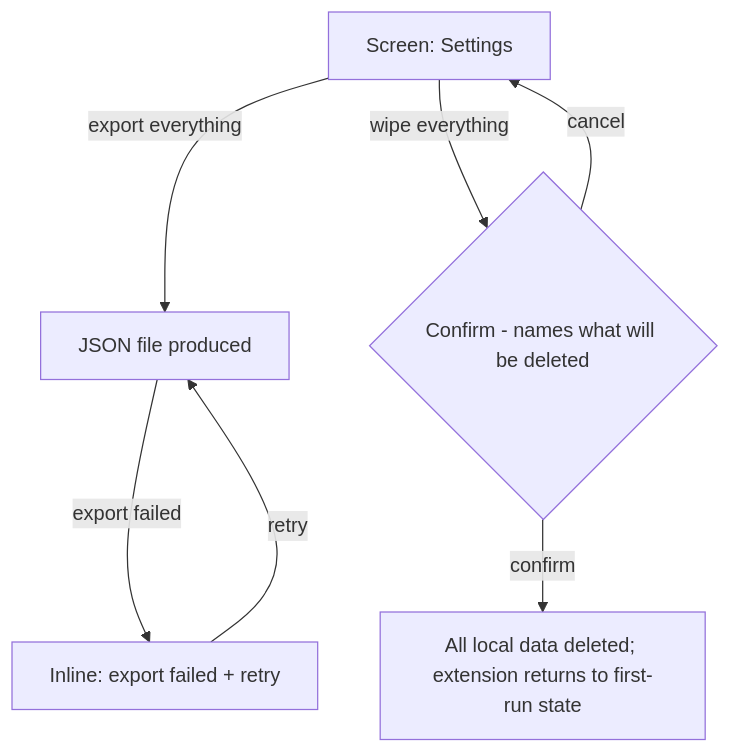
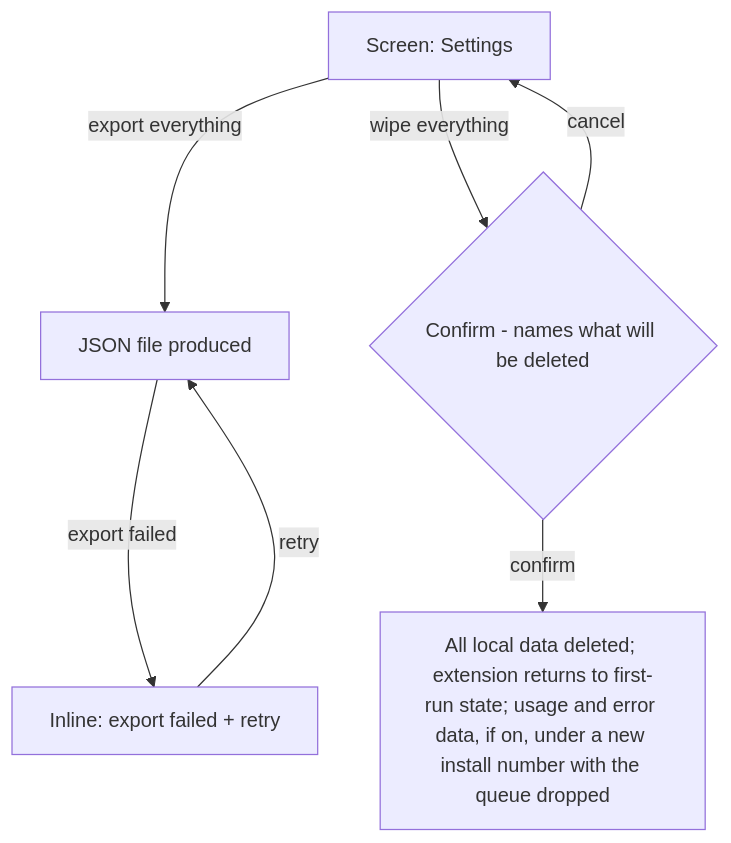
One commit to passioncode-ai/okolos changed diagram 14 of 24 in docs/ux/flows.md. Above: the diagram before and after it, drawn with Mermaid. The commit also changed other lines of this file and 90 other files, not shown here.

First line of the commit message:
feat(privacy): usage and error data, on by default and off in settings (B-198, B-199) (#29)

````diff
--- a/docs/ux/flows.md
+++ b/docs/ux/flows.md
@@ -443,9 +443,9 @@
 ```mermaid
 flowchart TD
   A[Screen: Settings] -->|export everything| B[JSON file produced]
   A -->|wipe everything| C{Confirm - names what will be deleted}
-  C -->|confirm| D[All local data deleted; extension returns to first-run state]
+  C -->|confirm| D[All local data deleted; extension returns to first-run state; usage and error data, if on, under a new install number with the queue dropped]
   C -->|cancel| A
   B -->|export failed| B_err[Inline: export failed + retry]
   B_err -->|retry| B
 ```
````
